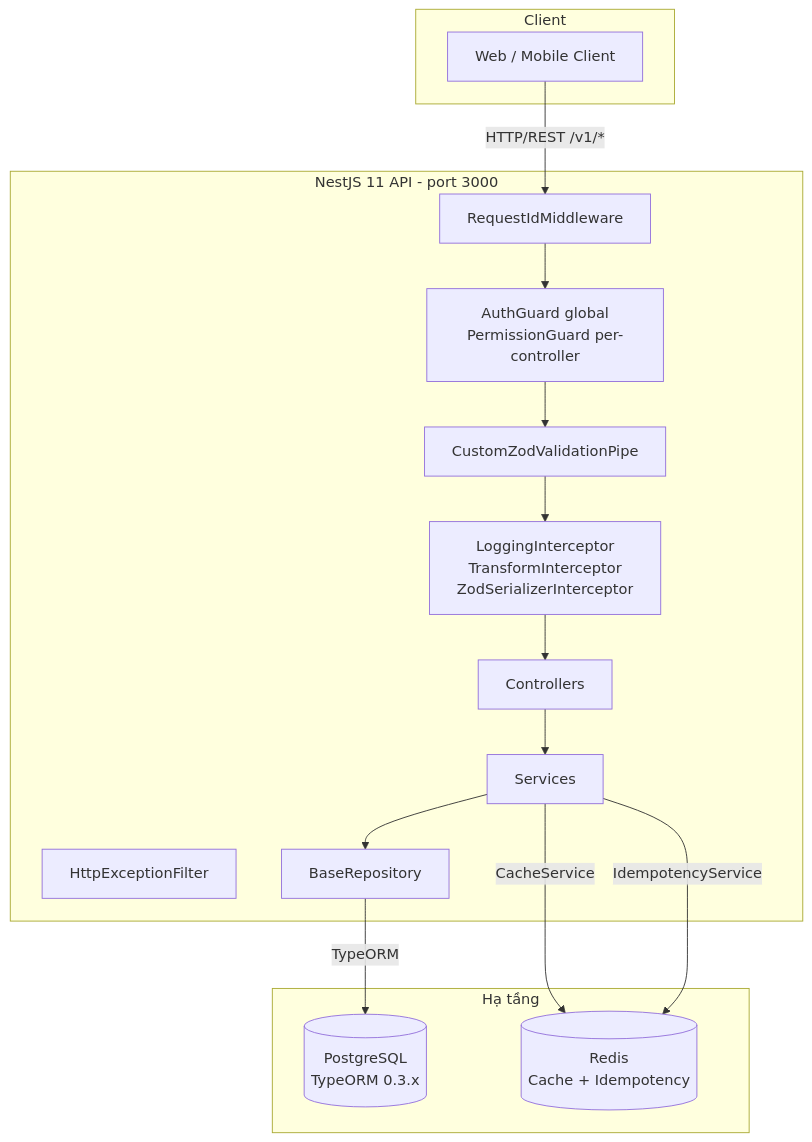
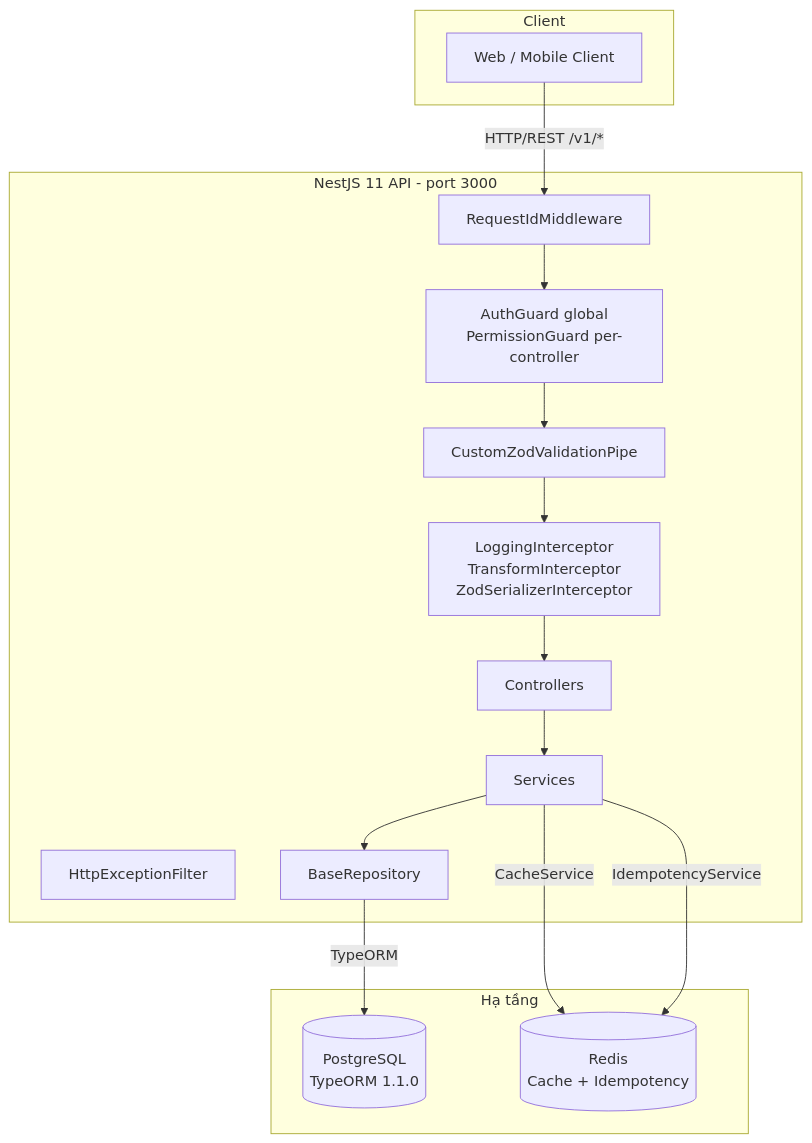
The first of 5 diagrams in docs/BE_ARCHITECTURE.md (trungcrbay/crm_fcvn), drawn with Mermaid before and after one commit. The commit also changed other lines of this file and 11 other files, not shown here.

````diff
--- a/docs/BE_ARCHITECTURE.md
+++ b/docs/BE_ARCHITECTURE.md
@@ -7,33 +7,33 @@
 ```mermaid
 graph TB
     subgraph Client
         FE[Web / Mobile Client]
     end
 
     subgraph "NestJS 11 API - port 3000"
         MW[RequestIdMiddleware]
         Guard[AuthGuard global<br/>PermissionGuard per-controller]
         Interceptor[LoggingInterceptor<br/>TransformInterceptor<br/>ZodSerializerInterceptor]
         Pipe[CustomZodValidationPipe]
         Filter[HttpExceptionFilter]
         Controller[Controllers]
         Service[Services]
         Repo[BaseRepository]
     end
 
     subgraph "Hạ tầng"
-        PG[(PostgreSQL<br/>TypeORM 0.3.x)]
+        PG[(PostgreSQL<br/>TypeORM 1.1.0)]
         Redis[(Redis<br/>Cache + Idempotency)]
     end
 
     FE -->|HTTP/REST /v1/*| MW
     MW --> Guard
     Guard --> Pipe
     Pipe --> Interceptor
     Interceptor --> Controller
     Controller --> Service
     Service --> Repo
     Repo -->|TypeORM| PG
     Service -->|CacheService| Redis
     Service -->|IdempotencyService| Redis
 ```
````
